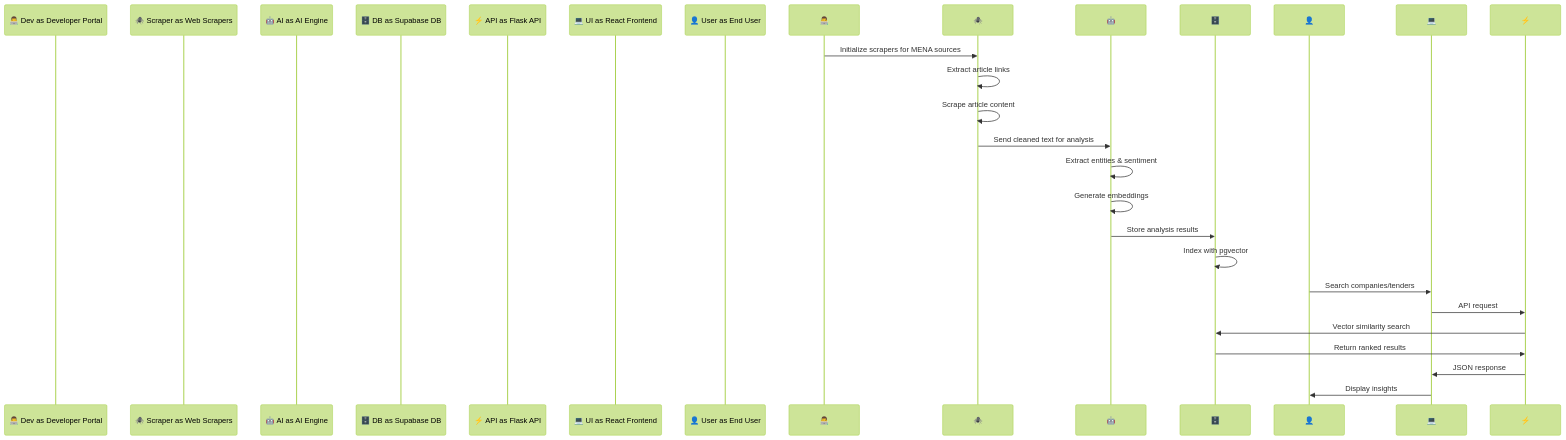
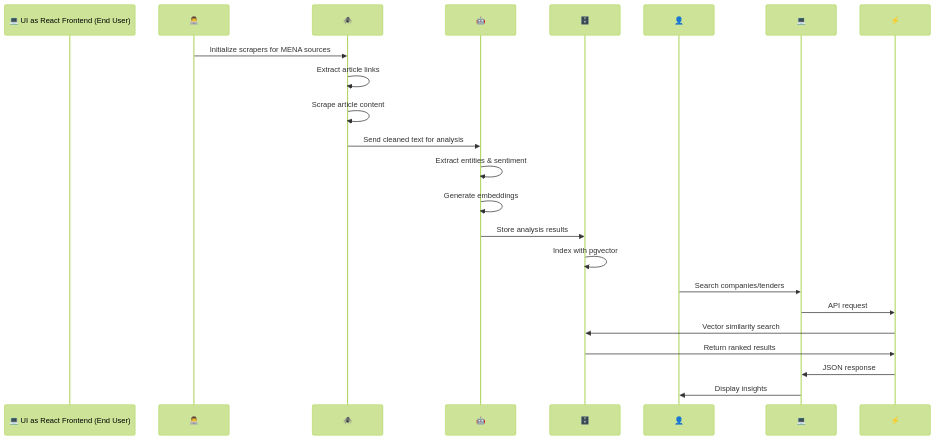
Before and after one commit to Rohitw3code/ProcureIntel-Real-Time-MENA-Procurement-Sentiment-Intelligence: the second of 2 diagrams in README.md, drawn with Mermaid (forest theme). The commit also changed other lines of this file, not shown here.

````diff
--- a/README.md
+++ b/README.md
@@ -143,25 +123,19 @@
 ```mermaid
 sequenceDiagram
-    participant 👨‍💻 Dev as Developer Portal
-    participant 🕷️ Scraper as Web Scrapers
-    participant 🤖 AI as AI Engine
-    participant 🗄️ DB as Supabase DB
-    participant ⚡ API as Flask API
-    participant 💻 UI as React Frontend
-    participant 👤 User as End User
+    participant 💻 UI as React Frontend (End User)
     
     👨‍💻->>🕷️: Initialize scrapers for MENA sources
     🕷️->>🕷️: Extract article links
     🕷️->>🕷️: Scrape article content
     🕷️->>🤖: Send cleaned text for analysis
     🤖->>🤖: Extract entities & sentiment
     🤖->>🤖: Generate embeddings
     🤖->>🗄️: Store analysis results
     🗄️->>🗄️: Index with pgvector
     👤->>💻: Search companies/tenders
     💻->>⚡: API request
     ⚡->>🗄️: Vector similarity search
     🗄️->>⚡: Return ranked results
     ⚡->>💻: JSON response
     💻->>👤: Display insights
 ```
````
